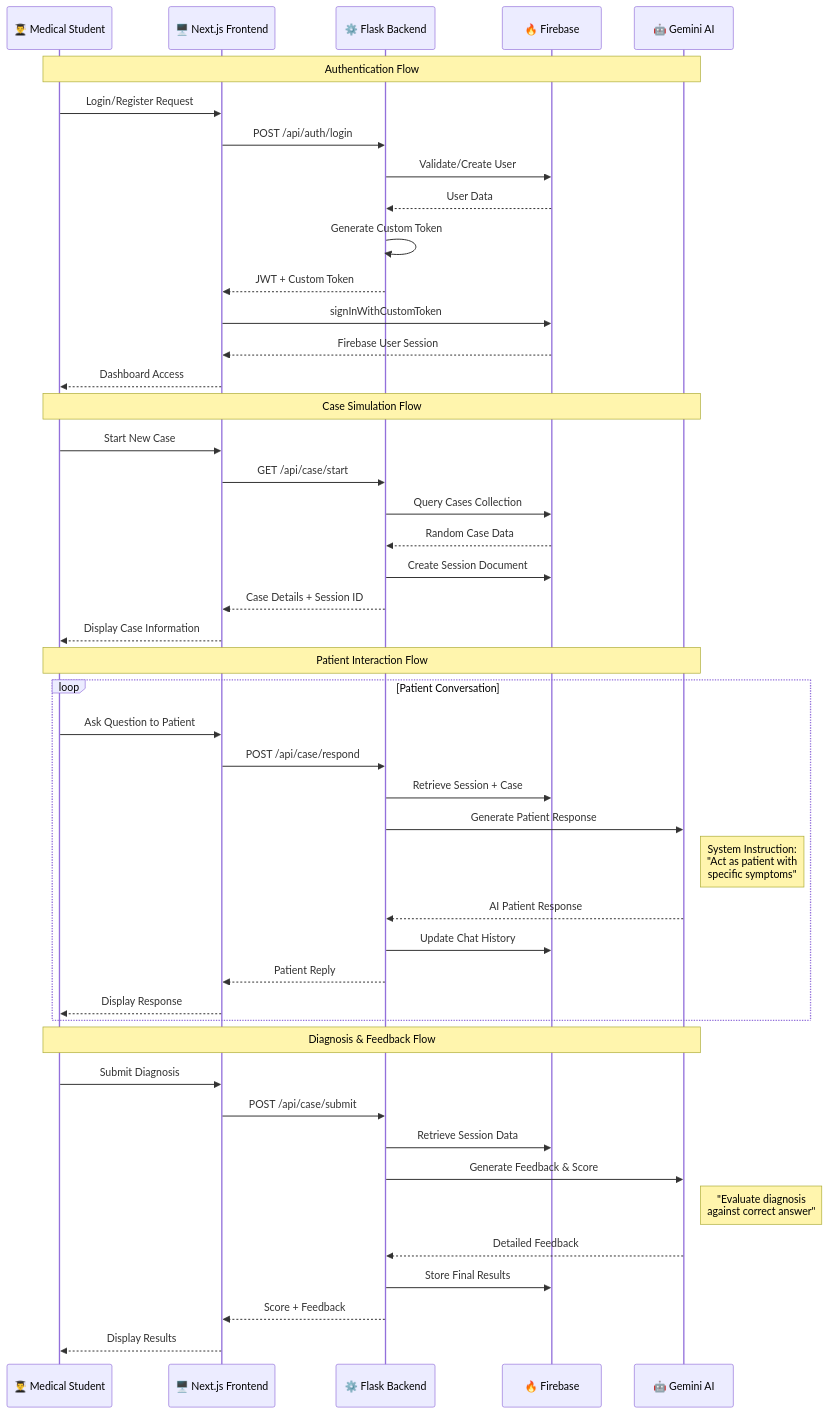
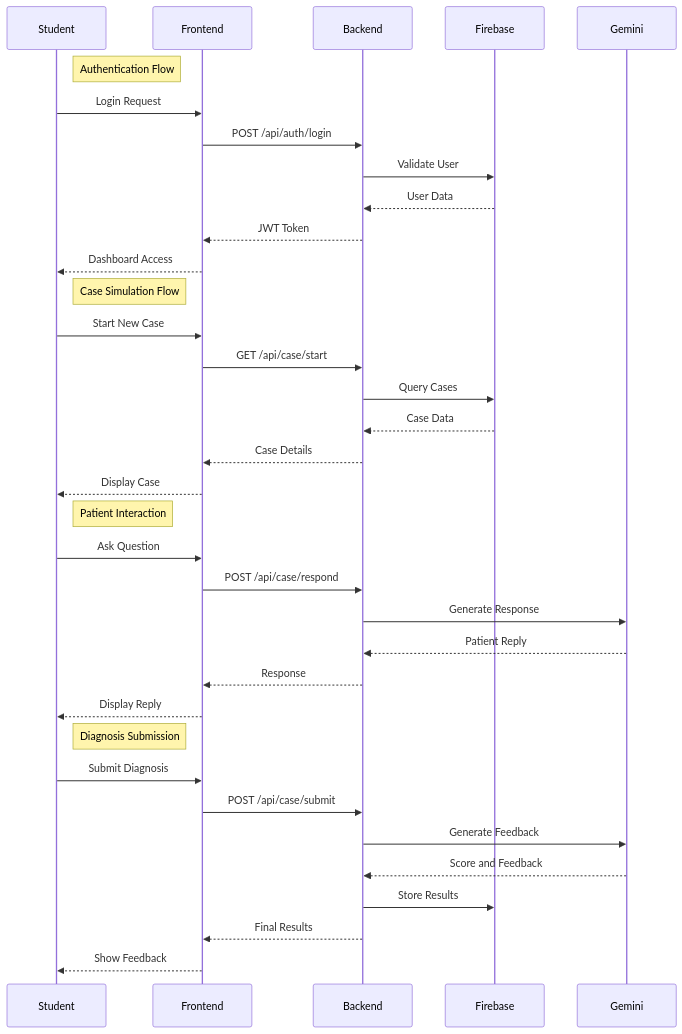
One commit to AnushtupGhosh5/Prognosis changed the second of 3 diagrams in README.md. Above: the diagram before and after it, drawn with Mermaid. The commit also changed other lines of this file and 3 other files, not shown here.

````diff
--- a/README.md
+++ b/README.md
@@ -78,52 +46,41 @@
 ```mermaid
 sequenceDiagram
-    participant S as 👨‍🎓 Medical Student
-    participant F as 🖥️ Next.js Frontend
-    participant B as ⚙️ Flask Backend
-    participant FB as 🔥 Firebase
-    participant G as 🤖 Gemini AI
+    participant S as Student
+    participant F as Frontend
+    participant B as Backend
+    participant FB as Firebase
+    participant G as Gemini
     
-    Note over S,G: Authentication Flow
-    S->>F: Login/Register Request
+    Note right of S: Authentication Flow
+    S->>F: Login Request
     F->>B: POST /api/auth/login
-    B->>FB: Validate/Create User
+    B->>FB: Validate User
     FB-->>B: User Data
-    B->>B: Generate Custom Token
-    B-->>F: JWT + Custom Token
-    F->>FB: signInWithCustomToken
-    FB-->>F: Firebase User Session
+    B-->>F: JWT Token
     F-->>S: Dashboard Access
     
-    Note over S,G: Case Simulation Flow
+    Note right of S: Case Simulation Flow
     S->>F: Start New Case
     F->>B: GET /api/case/start
-    B->>FB: Query Cases Collection
-    FB-->>B: Random Case Data
-    B->>FB: Create Session Document
-    B-->>F: Case Details + Session ID
-    F-->>S: Display Case Information
+    B->>FB: Query Cases
+    FB-->>B: Case Data
+    B-->>F: Case Details
+    F-->>S: Display Case
     
-    Note over S,G: Patient Interaction Flow
-    loop Patient Conversation
-        S->>F: Ask Question to Patient
-        F->>B: POST /api/case/respond
-        B->>FB: Retrieve Session + Case
-        B->>G: Generate Patient Response
-        Note right of G: System Instruction:<br/>"Act as patient with<br/>specific symptoms"
-        G-->>B: AI Patient Response
-        B->>FB: Update Chat History
-        B-->>F: Patient Reply
-        F-->>S: Display Response
-    end
+    Note right of S: Patient Interaction
+    S->>F: Ask Question
+    F->>B: POST /api/case/respond
+    B->>G: Generate Response
+    G-->>B: Patient Reply
+    B-->>F: Response
+    F-->>S: Display Reply
     
-    Note over S,G: Diagnosis & Feedback Flow
+    Note right of S: Diagnosis Submission
     S->>F: Submit Diagnosis
     F->>B: POST /api/case/submit
-    B->>FB: Retrieve Session Data
-    B->>G: Generate Feedback & Score
-    Note right of G: "Evaluate diagnosis<br/>against correct answer"
-    G-->>B: Detailed Feedback
-    B->>FB: Store Final Results
-    B-->>F: Score + Feedback
-    F-->>S: Display Results
+    B->>G: Generate Feedback
+    G-->>B: Score and Feedback
+    B->>FB: Store Results
+    B-->>F: Final Results
+    F-->>S: Show Feedback
 ```
````
